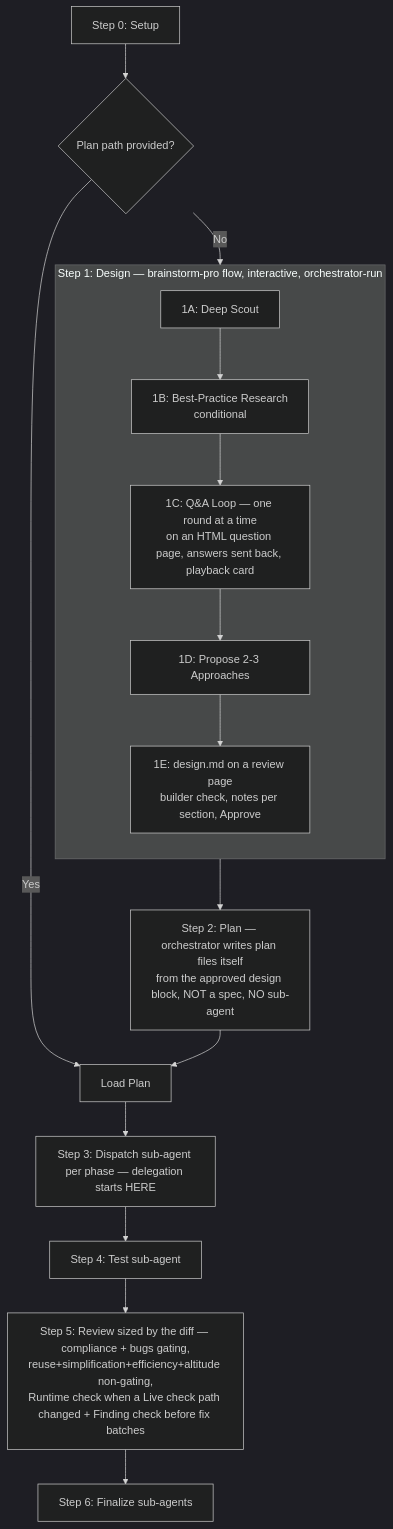
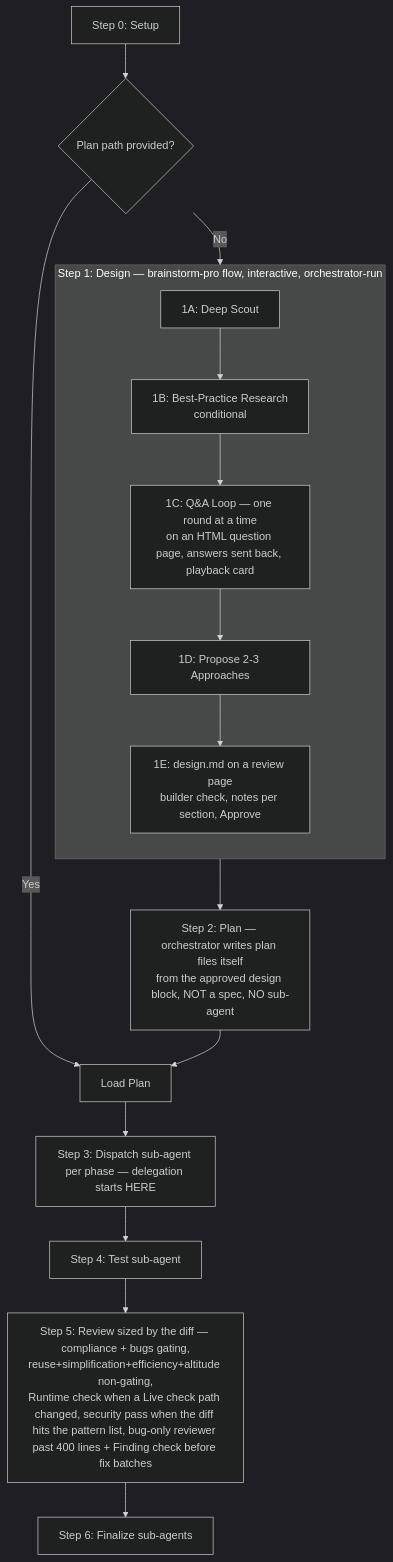
One commit to dphong1995/skills changed the diagram in skills/cook/SKILL.md. Above: the diagram before and after it, drawn with Mermaid (dark theme). The commit also changed other lines of this file and 4 other files, not shown here.

First line of the commit message:
Add a pattern-triggered security pass and a second bug finder to cook's review

````diff
--- a/skills/cook/SKILL.md
+++ b/skills/cook/SKILL.md
@@ -95,19 +95,19 @@
 ```mermaid
 flowchart TD
     A[Step 0: Setup] --> B{Plan path provided?}
     B -->|Yes| F[Load Plan]
     B -->|No| C1
     subgraph S1[Step 1: Design — brainstorm-pro flow, interactive, orchestrator-run]
       direction TB
       C1[1A: Deep Scout] --> C2[1B: Best-Practice Research<br/>conditional]
       C2 --> C3[1C: Q&A Loop — one round at a time<br/>on an HTML question page, answers sent back, playback card]
       C3 --> C4[1D: Propose 2-3 Approaches]
       C4 --> C5[1E: design.md on a review page<br/>builder check, notes per section, Approve]
     end
     C5 --> D[Step 2: Plan — orchestrator writes plan files itself<br/>from the approved design block, NOT a spec, NO sub-agent]
     D --> F
     F --> H[Step 3: Dispatch sub-agent per phase — delegation starts HERE]
     H --> K[Step 4: Test sub-agent]
-    K --> Rev[Step 5: Review sized by the diff — compliance + bugs gating,<br/>reuse+simplification+efficiency+altitude non-gating,<br/>Runtime check when a Live check path changed + Finding check before fix batches]
+    K --> Rev[Step 5: Review sized by the diff — compliance + bugs gating,<br/>reuse+simplification+efficiency+altitude non-gating,<br/>Runtime check when a Live check path changed, security pass when the diff hits the pattern list, bug-only reviewer past 400 lines + Finding check before fix batches]
     Rev --> L[Step 6: Finalize sub-agents]
 ```
````
